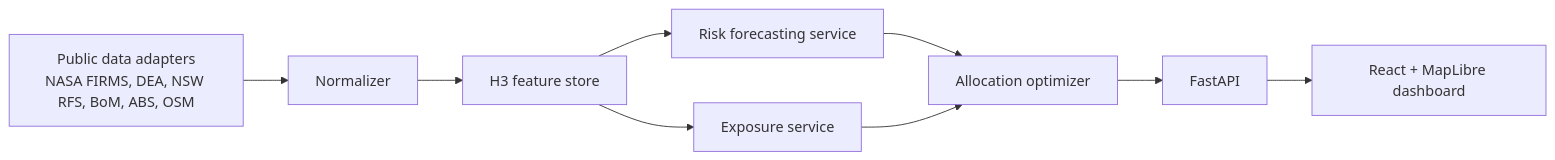
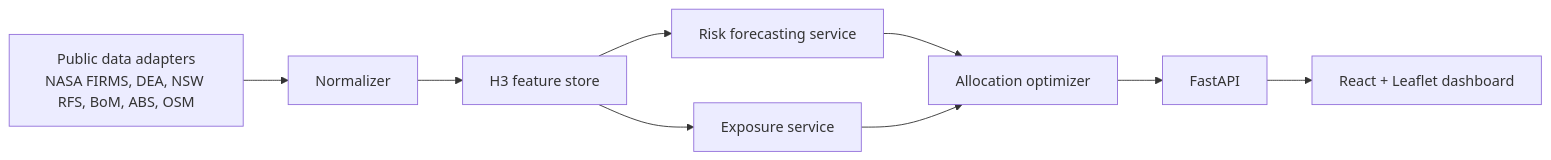
Before and after one commit to m21264551-arch/ai-disaster-response-intelligence-system: the diagram in README.md, drawn with Mermaid. The commit also changed other lines of this file and 3 other files, not shown here.

Commit message:
Update public docs for Leaflet map

````diff
--- a/README.md
+++ b/README.md
@@ -114,11 +115,11 @@
 ```mermaid
 flowchart LR
     A["Public data adapters<br/>NASA FIRMS, DEA, NSW RFS, BoM, ABS, OSM"] --> B["Normalizer"]
     B --> C["H3 feature store"]
     C --> D["Risk forecasting service"]
     C --> E["Exposure service"]
     D --> F["Allocation optimizer"]
     E --> F
     F --> G["FastAPI"]
-    G --> H["React + MapLibre dashboard"]
+    G --> H["React + Leaflet dashboard"]
 ```
````
